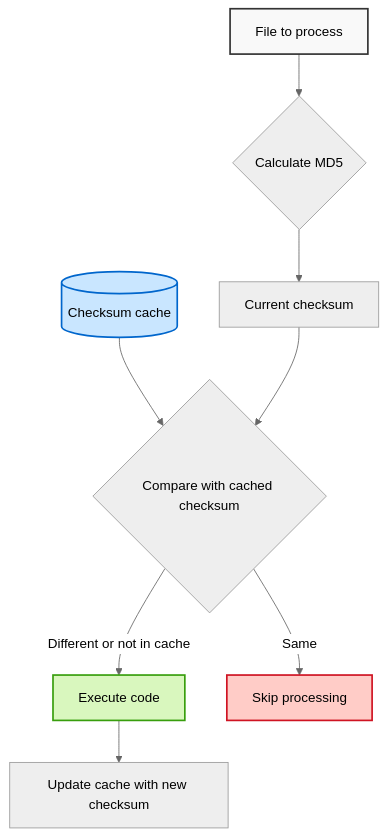
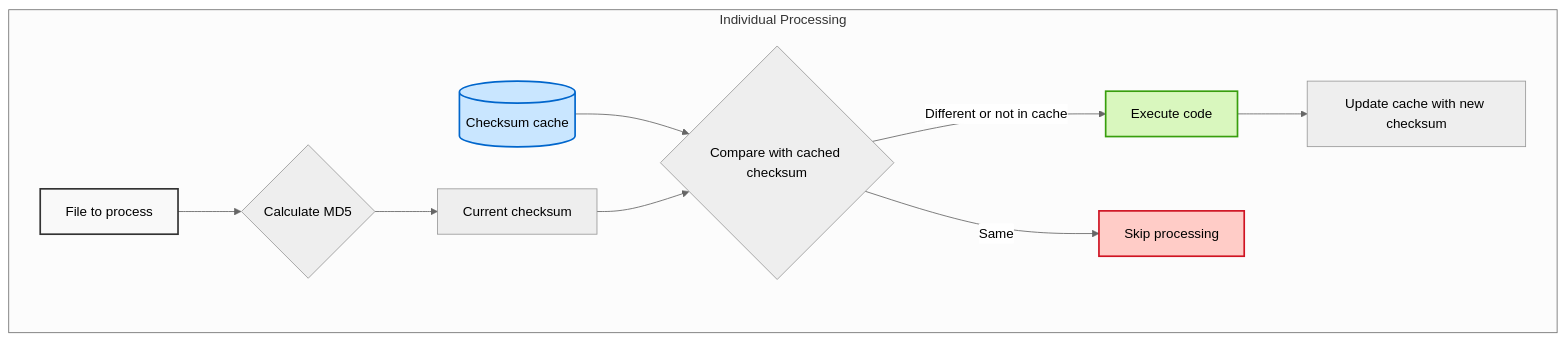
The first of 2 diagrams in README.md (sylvainmouquet/pychecksumcache), drawn with Mermaid (neutral theme) before and after one commit. The commit also changed other lines of this file and 2 other files, not shown here.

````diff
--- a/README.md
+++ b/README.md
@@ -7,17 +7,19 @@
 ```mermaid
 flowchart TD
-    A[File to process] --> B{Calculate MD5}
-    B --> C[Current checksum]
-    D[(Checksum cache)] --> E{Compare with cached checksum}
-    C --> E
-    
-    E -->|Different or not in cache| F[Execute code]
-    E -->|Same| G[Skip processing]
-    
-    F --> H[Update cache with new checksum]
+    subgraph "Individual Processing"
+        A[File to process] --> B{Calculate MD5}
+        B --> C[Current checksum]
+        D[(Checksum cache)] --> E{Compare with cached checksum}
+        C --> E
+        
+        E -->|Different or not in cache| F[Execute code]
+        E -->|Same| G[Skip processing]
+        
+        F --> H[Update cache with new checksum]
+    end
     
     style A fill:#f9f9f9,stroke:#333,stroke-width:2px
     style D fill:#c9e6ff,stroke:#0066cc,stroke-width:2px
     style F fill:#d9f7be,stroke:#389e0d,stroke-width:2px
     style G fill:#ffccc7,stroke:#cf1322,stroke-width:2px
 ```
````
